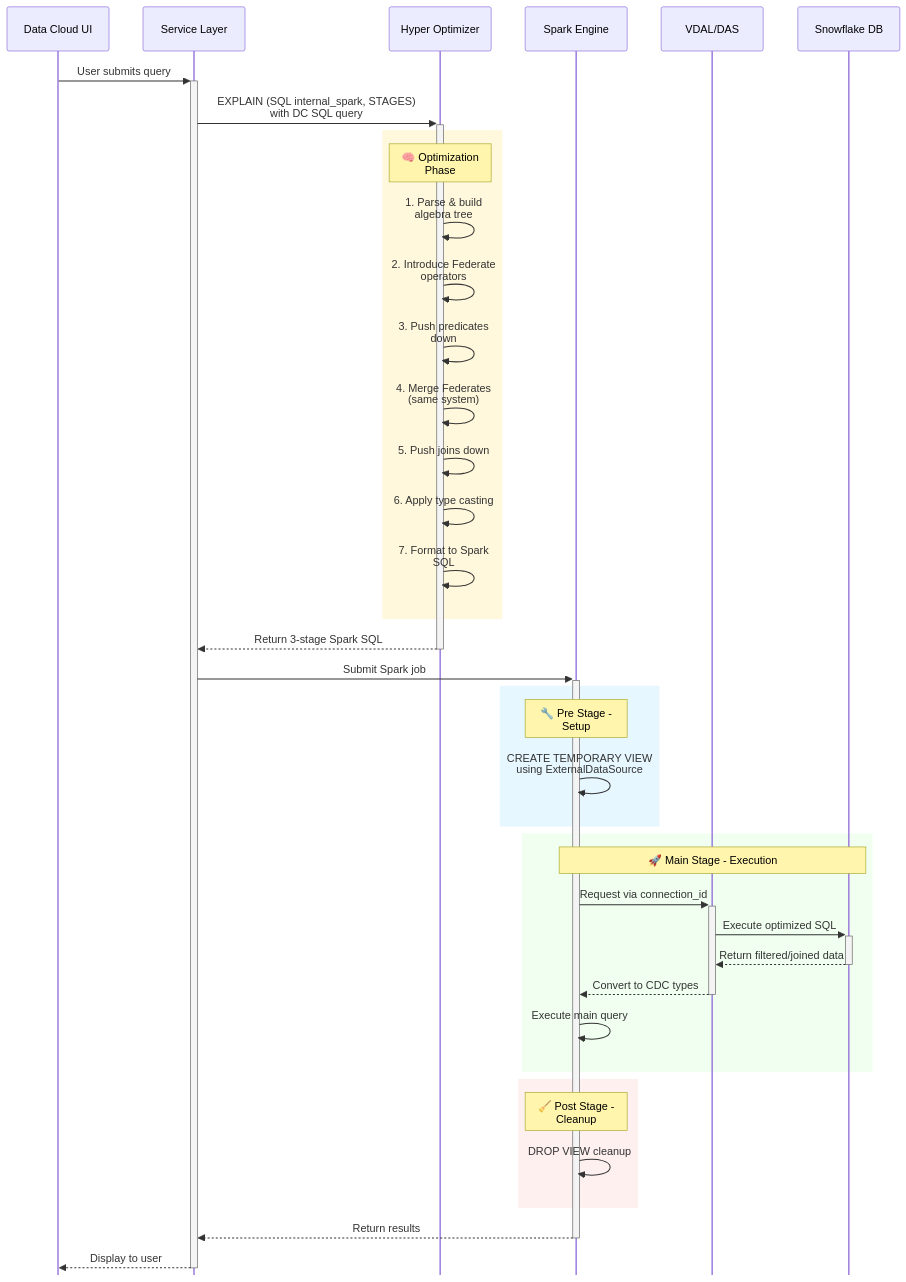
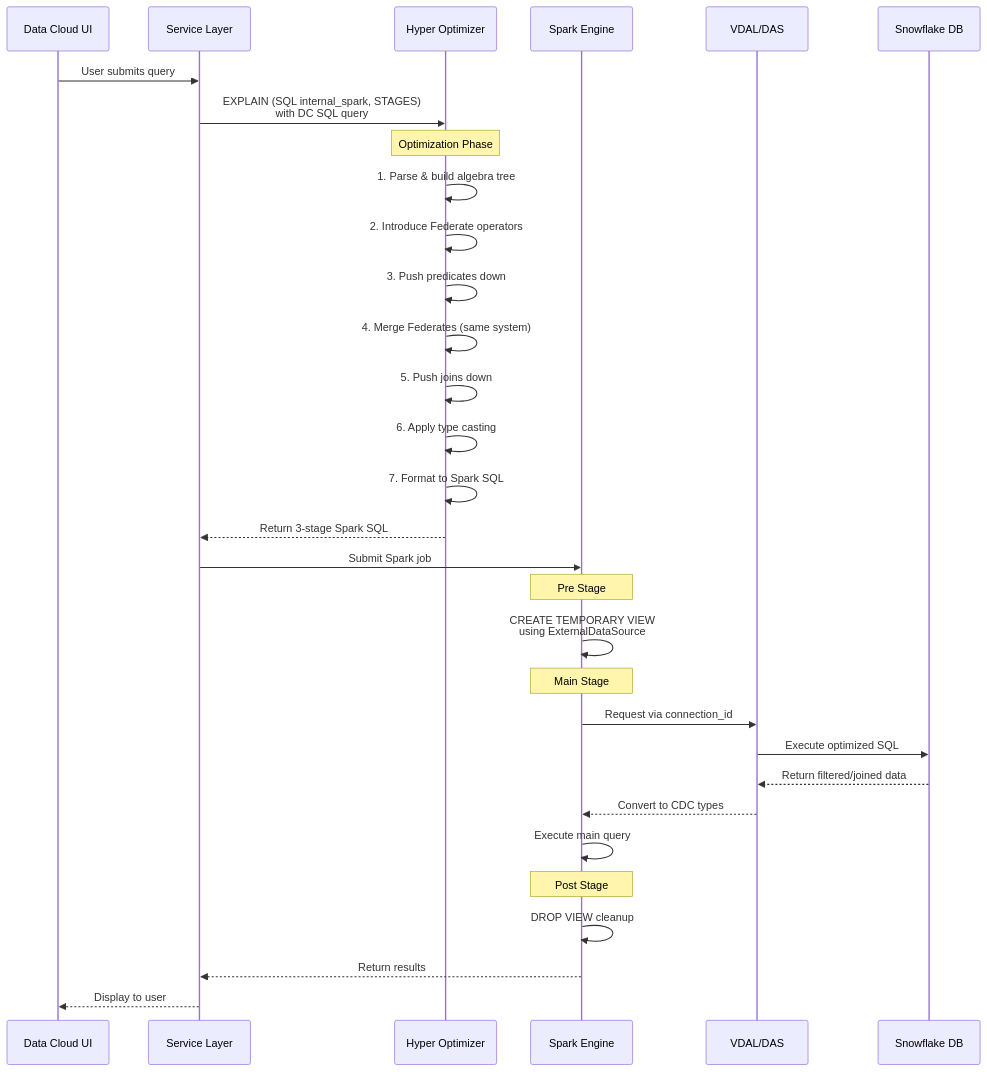
One commit to arupsarkar-sfdc/Misc changed the first of 2 diagrams in README_Yahoo.md. Above: the diagram before and after it, drawn with Mermaid. The commit also changed other lines of this file, not shown here.

Commit message:
Updated with better explanation

````diff
--- a/README_Yahoo.md
+++ b/README_Yahoo.md
@@ -85,51 +211,40 @@
 ```mermaid
 sequenceDiagram
     participant UI as Data Cloud UI
     participant Service as Service Layer
     participant Hyper as Hyper Optimizer
     participant Spark as Spark Engine
     participant VDAL as VDAL/DAS
     participant Snowflake as Snowflake DB
 
-    UI->>+Service: User submits query
-    Service->>+Hyper: EXPLAIN (SQL internal_spark, STAGES)<br/>with DC SQL query
+    UI->>Service: User submits query
+    Service->>Hyper: EXPLAIN (SQL internal_spark, STAGES)<br/>with DC SQL query
     
-    rect rgb(255, 248, 220)
-        Note over Hyper: 🧠 Optimization Phase
-        Hyper->>Hyper: 1. Parse & build algebra tree
-        Hyper->>Hyper: 2. Introduce Federate operators
-        Hyper->>Hyper: 3. Push predicates down
-        Hyper->>Hyper: 4. Merge Federates (same system)
-        Hyper->>Hyper: 5. Push joins down
-        Hyper->>Hyper: 6. Apply type casting
-        Hyper->>Hyper: 7. Format to Spark SQL
-    end
+    Note over Hyper: Optimization Phase
+    Hyper->>Hyper: 1. Parse & build algebra tree
+    Hyper->>Hyper: 2. Introduce Federate operators
+    Hyper->>Hyper: 3. Push predicates down
+    Hyper->>Hyper: 4. Merge Federates (same system)
+    Hyper->>Hyper: 5. Push joins down
+    Hyper->>Hyper: 6. Apply type casting
+    Hyper->>Hyper: 7. Format to Spark SQL
     
-    Hyper-->>-Service: Return 3-stage Spark SQL
-    Service->>+Spark: Submit Spark job
+    Hyper-->>Service: Return 3-stage Spark SQL
+    Service->>Spark: Submit Spark job
     
-    rect rgb(230, 247, 255)
-        Note over Spark: 🔧 Pre Stage - Setup
-        Spark->>Spark: CREATE TEMPORARY VIEW<br/>using ExternalDataSource
-    end
+    Note over Spark: Pre Stage
+    Spark->>Spark: CREATE TEMPORARY VIEW<br/>using ExternalDataSource
     
-    rect rgb(240, 255, 240)
-        Note over Spark,Snowflake: 🚀 Main Stage - Execution
-        Spark->>+VDAL: Request via connection_id
-        VDAL->>+Snowflake: Execute optimized SQL
-        Snowflake-->>-VDAL: Return filtered/joined data
-        VDAL-->>-Spark: Convert to CDC types
-        Spark->>Spark: Execute main query
-    end
+    Note over Spark: Main Stage
+    Spark->>VDAL: Request via connection_id
+    VDAL->>Snowflake: Execute optimized SQL
+    Snowflake-->>VDAL: Return filtered/joined data
+    VDAL-->>Spark: Convert to CDC types
+    Spark->>Spark: Execute main query
     
-    rect rgb(255, 240, 240)
-        Note over Spark: 🧹 Post Stage - Cleanup
-        Spark->>Spark: DROP VIEW cleanup
-    end
+    Note over Spark: Post Stage
+    Spark->>Spark: DROP VIEW cleanup
     
-    Spark-->>-Service: Return results
-    Service-->>-UI: Display to user
-
-    %% Styling for better visual classification
-    %%{init: {"sequence": {"actorMargin": 50, "boxMargin": 10, "boxTextMargin": 5, "messageMargin": 35, "mirrorActors": false, "wrap": true}}}%%
+    Spark-->>Service: Return results
+    Service-->>UI: Display to user
 ```
````
